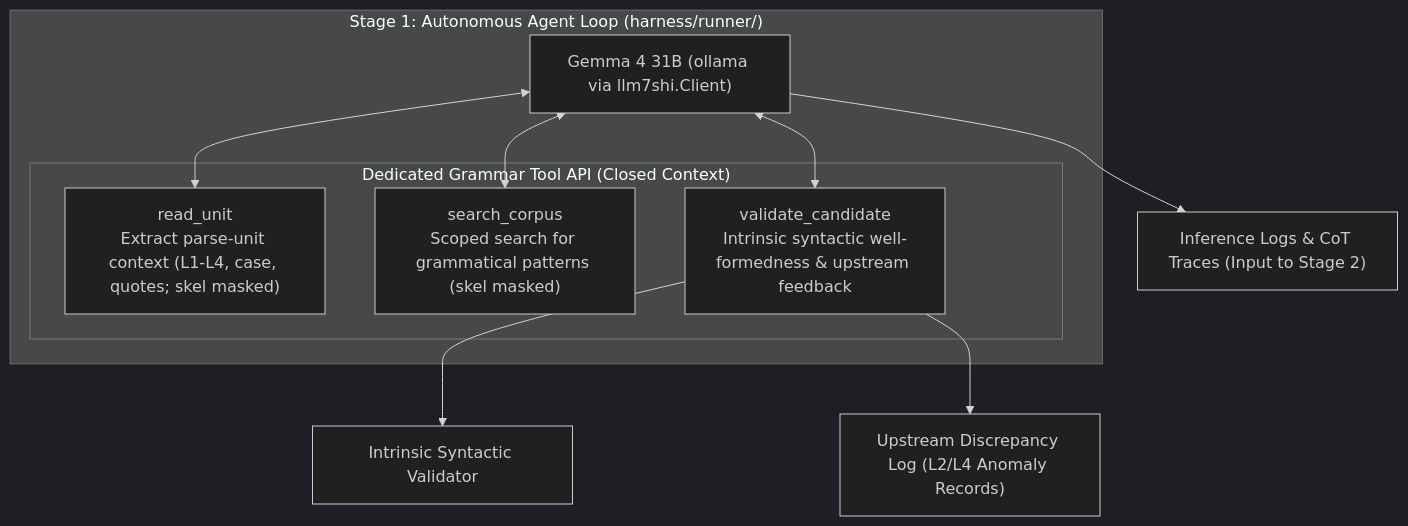
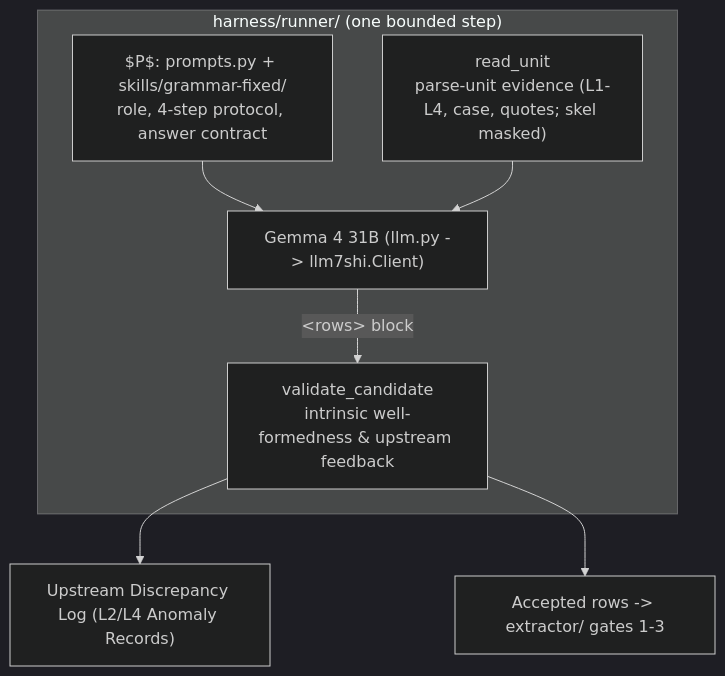
The diagram in harness/runner/PLAN.md (7shi/dante-corpus), drawn with Mermaid (dark theme) before and after one commit. The commit also changed other lines of this file and 56 other files, not shown here.

````diff
--- a/harness/runner/PLAN.md
+++ b/harness/runner/PLAN.md
@@ -12,20 +26,15 @@
 ```mermaid
 graph TD
-    subgraph "Stage 1: Autonomous Agent Loop (harness/runner/)"
-        LLM["Gemma 4 31B (ollama via llm7shi.Client)"]
-        
-        subgraph "Dedicated Grammar Tool API (Closed Context)"
-            T_Read["read_unit<br/>Extract parse-unit context (L1-L4, case, quotes; skel masked)"]
-            T_Search["search_corpus<br/>Scoped search for grammatical patterns (skel masked)"]
-            T_Val["validate_candidate<br/>Intrinsic syntactic well-formedness & upstream feedback"]
-        end
-        
-        LLM <--> T_Read
-        LLM <--> T_Search
-        LLM <--> T_Val
+    subgraph "harness/runner/ (one bounded step)"
+        P["$P$: prompts.py + skills/grammar-fixed/<br/>role, 4-step protocol, answer contract"]
+        Ev["read_unit<br/>parse-unit evidence (L1-L4, case, quotes; skel masked)"]
+        LLM["Gemma 4 31B (llm.py -> llm7shi.Client)"]
+        Gate["validate_candidate<br/>intrinsic well-formedness & upstream feedback"]
     end
-    
-    T_Val --> ValEngine["Intrinsic Syntactic Validator"]
-    T_Val --> UpstreamLog["Upstream Discrepancy Log (L2/L4 Anomaly Records)"]
-    LLM --> LogStore["Inference Logs & CoT Traces (Input to Stage 2)"]
+
+    P --> LLM
+    Ev --> LLM
+    LLM -->|"&lt;rows&gt; block"| Gate
+    Gate --> UpstreamLog["Upstream Discrepancy Log (L2/L4 Anomaly Records)"]
+    Gate --> Rows["Accepted rows -> extractor/ gates 1-3"]
 ```
````
